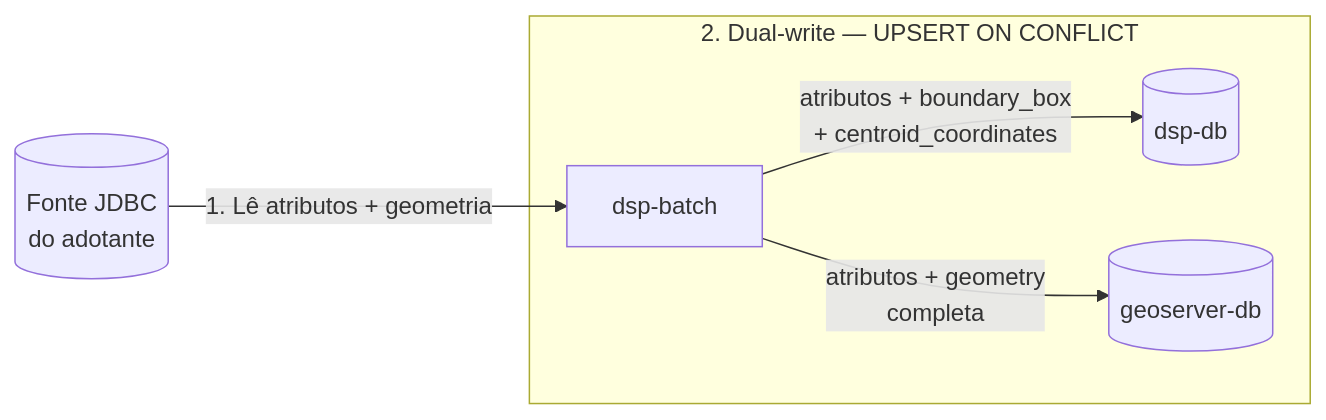
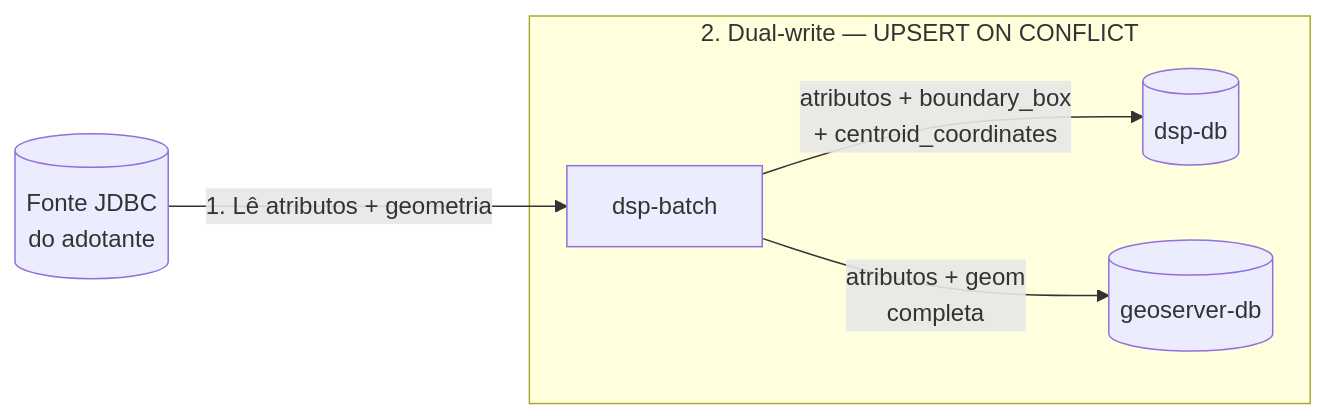
Before and after one commit to kleber-albino/rer-dsp-docs: the second of 2 diagrams in docs/architecture/databases.md, drawn with Mermaid. The commit also changed other lines of this file and 14 other files, not shown here.

````diff
--- a/docs/architecture/databases.md
+++ b/docs/architecture/databases.md
@@ -93,9 +97,9 @@
 ```mermaid
 flowchart LR
   src[(Fonte JDBC<br/>do adotante)] -->|1. Lê atributos + geometria| job[dsp-batch]
 
   subgraph write ["2. Dual-write — UPSERT ON CONFLICT"]
     job -->|"atributos + boundary_box<br/>+ centroid_coordinates"| dspdb[(dsp-db)]
-    job -->|"atributos + geometry<br/>completa"| exdb[(geoserver-db)]
+    job -->|"atributos + geom<br/>completa"| exdb[(geoserver-db)]
   end
 ```
````
